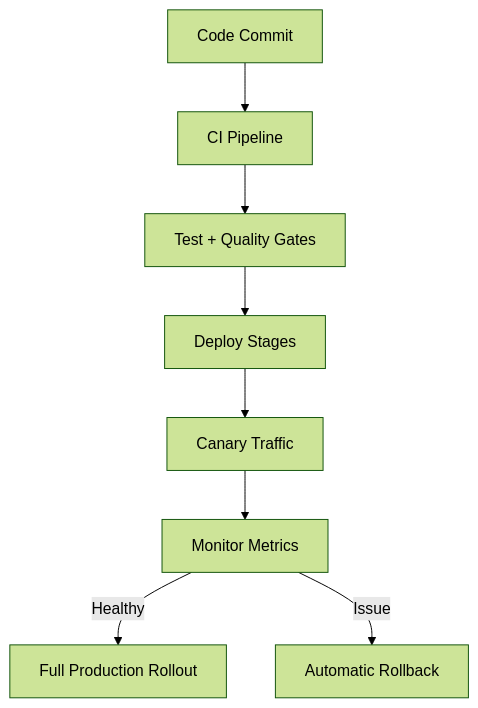
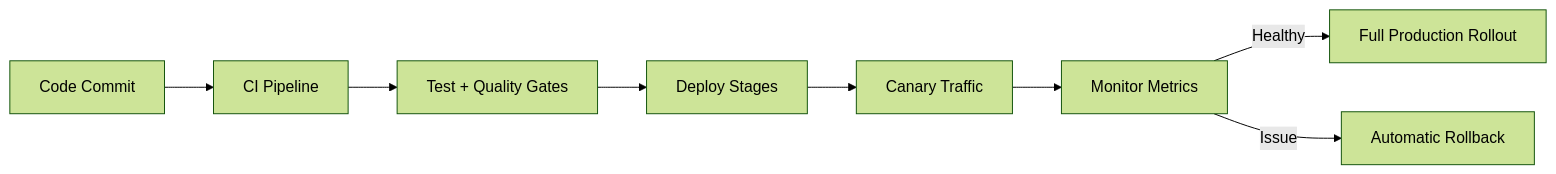
Before and after one commit to PriyanshuKSharma/ApnaCollege: the third of 3 diagrams in Sigma 6.0/Kubernetes/NETFLIX_MICROSERVICES_ARCHITECTURE.md, drawn with Mermaid (forest theme). The commit also changed other lines of this file, not shown here.

Commit message:
feat: Expand Netflix Microservices Architecture documentation with deployment mindset and video quality insights

````diff
--- a/Sigma 6.0/Kubernetes/NETFLIX_MICROSERVICES_ARCHITECTURE.md
+++ b/Sigma 6.0/Kubernetes/NETFLIX_MICROSERVICES_ARCHITECTURE.md
@@ -175,10 +175,10 @@
 ```mermaid
-flowchart TD
+flowchart LR
   C[Code Commit] --> CI[CI Pipeline]
   CI --> T[Test + Quality Gates]
   T --> D[Deploy Stages]
   D --> C1[Canary Traffic]
   C1 --> M[Monitor Metrics]
   M -->|Healthy| P[Full Production Rollout]
   M -->|Issue| R[Automatic Rollback]
 ```
````
